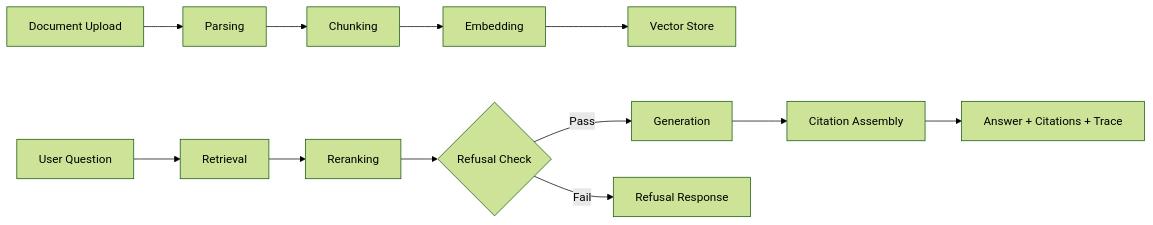
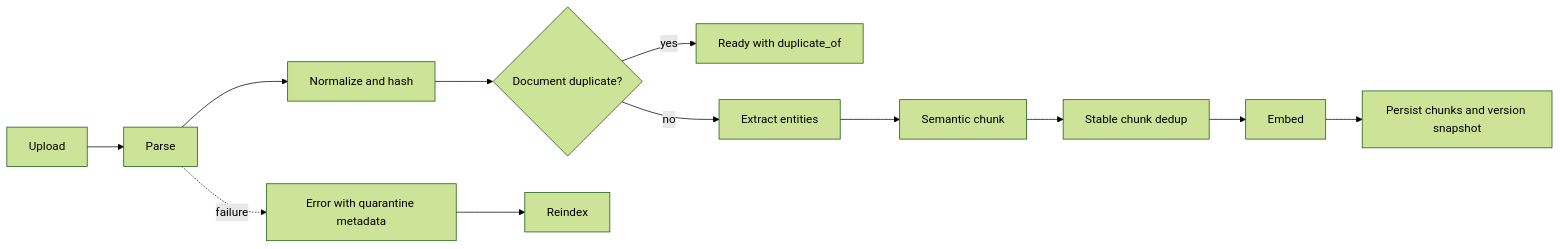
The second of 2 diagrams in docs/ARCHITECTURE.md (FishRaposo/groundtruth), drawn with Mermaid (forest theme) before and after one commit. The commit also changed other lines of this file and 66 other files, not shown here.

````diff
--- a/docs/ARCHITECTURE.md
+++ b/docs/ARCHITECTURE.md
@@ -48,15 +29,14 @@
 ```mermaid
 flowchart LR
-    Upload[Document Upload] --> Parse[Parsing]
-    Parse --> Chunk[Chunking]
-    Chunk --> Embed[Embedding]
-    Embed --> Store[Vector Store]
-
-    Query[User Question] --> Retrieve[Retrieval]
-    Retrieve --> Rerank[Reranking]
-    Rerank --> Refuse{Refusal Check}
-    Refuse -->|Pass| Generate[Generation]
-    Refuse -->|Fail| Refusal[Refusal Response]
-    Generate --> Cite[Citation Assembly]
-    Cite --> Response[Answer + Citations + Trace]
+    U[Upload] --> P[Parse]
+    P --> N[Normalize and hash]
+    N --> DD{Document duplicate?}
+    DD -- yes --> READY[Ready with duplicate_of]
+    DD -- no --> E[Extract entities]
+    E --> C[Semantic chunk]
+    C --> CD[Stable chunk dedup]
+    CD --> EMB[Embed]
+    EMB --> SAVE[Persist chunks and version snapshot]
+    P -. failure .-> Q[Error with quarantine metadata]
+    Q --> R[Reindex]
 ```
````
